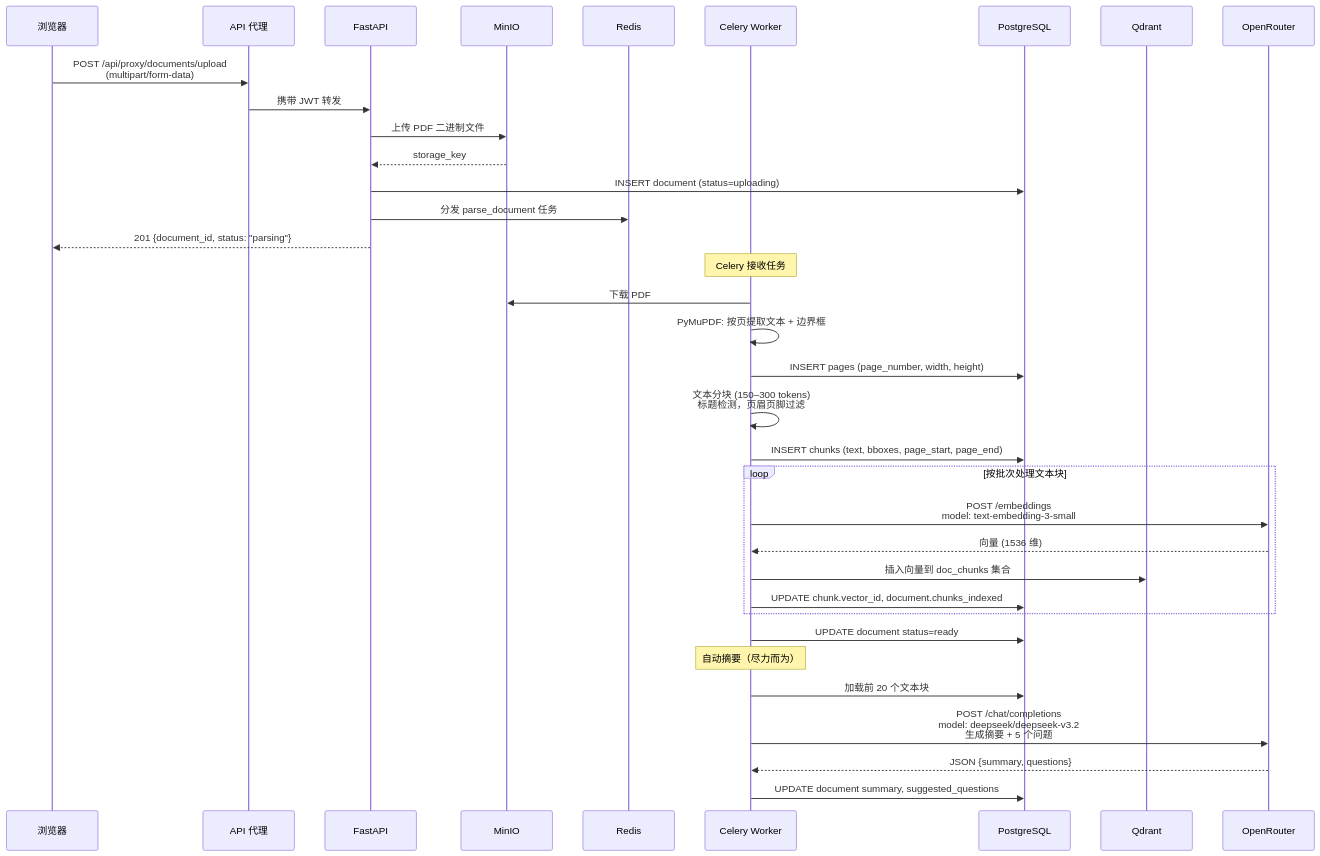
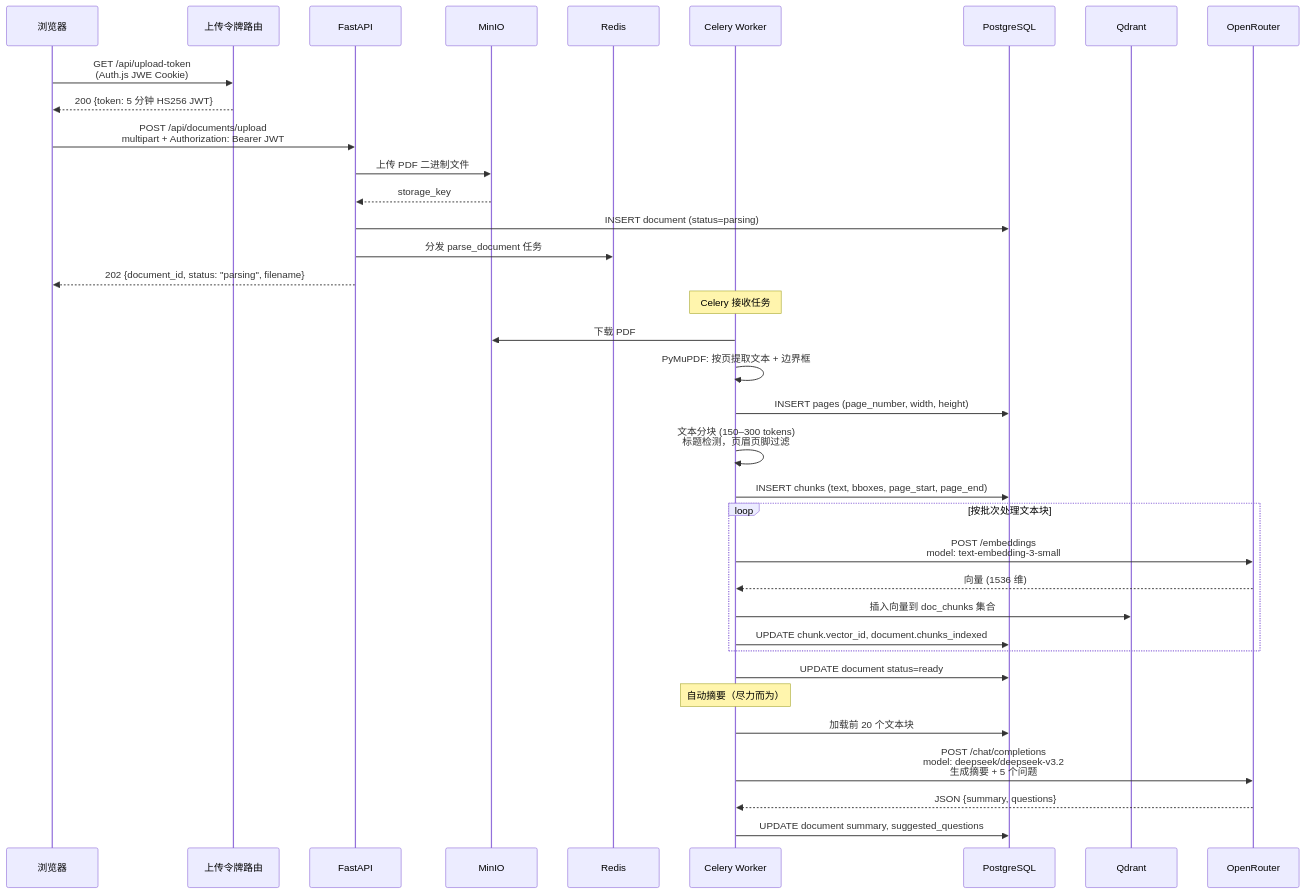
Before and after one commit to Rswcf/DocTalk: the second of 10 diagrams in docs/ARCHITECTURE.zh.md, drawn with Mermaid. The commit also changed other lines of this file and 16 other files, not shown here.

````diff
--- a/docs/ARCHITECTURE.zh.md
+++ b/docs/ARCHITECTURE.zh.md
@@ -97,42 +98,43 @@
 ```mermaid
 sequenceDiagram
     participant B as 浏览器
-    participant P as API 代理
+    participant T as 上传令牌路由
     participant API as FastAPI
     participant S3 as MinIO
     participant R as Redis
     participant W as Celery Worker
     participant DB as PostgreSQL
     participant Q as Qdrant
     participant OR as OpenRouter
 
-    B->>P: POST /api/proxy/documents/upload<br/>(multipart/form-data)
-    P->>API: 携带 JWT 转发
+    B->>T: GET /api/upload-token<br/>(Auth.js JWE Cookie)
+    T-->>B: 200 {token: 5 分钟 HS256 JWT}
+    B->>API: POST /api/documents/upload<br/>multipart + Authorization: Bearer JWT
     API->>S3: 上传 PDF 二进制文件
     S3-->>API: storage_key
-    API->>DB: INSERT document (status=uploading)
+    API->>DB: INSERT document (status=parsing)
     API->>R: 分发 parse_document 任务
-    API-->>B: 201 {document_id, status: "parsing"}
+    API-->>B: 202 {document_id, status: "parsing", filename}
 
     Note over W: Celery 接收任务
     W->>S3: 下载 PDF
     W->>W: PyMuPDF: 按页提取文本 + 边界框
     W->>DB: INSERT pages (page_number, width, height)
     W->>W: 文本分块 (150–300 tokens)<br/>标题检测，页眉页脚过滤
     W->>DB: INSERT chunks (text, bboxes, page_start, page_end)
 
     loop 按批次处理文本块
         W->>OR: POST /embeddings<br/>model: text-embedding-3-small
         OR-->>W: 向量 (1536 维)
         W->>Q: 插入向量到 doc_chunks 集合
         W->>DB: UPDATE chunk.vector_id, document.chunks_indexed
     end
 
     W->>DB: UPDATE document status=ready
 
     Note over W: 自动摘要（尽力而为）
     W->>DB: 加载前 20 个文本块
     W->>OR: POST /chat/completions<br/>model: deepseek/deepseek-v3.2<br/>生成摘要 + 5 个问题
     OR-->>W: JSON {summary, questions}
     W->>DB: UPDATE document summary, suggested_questions
 ```
````
